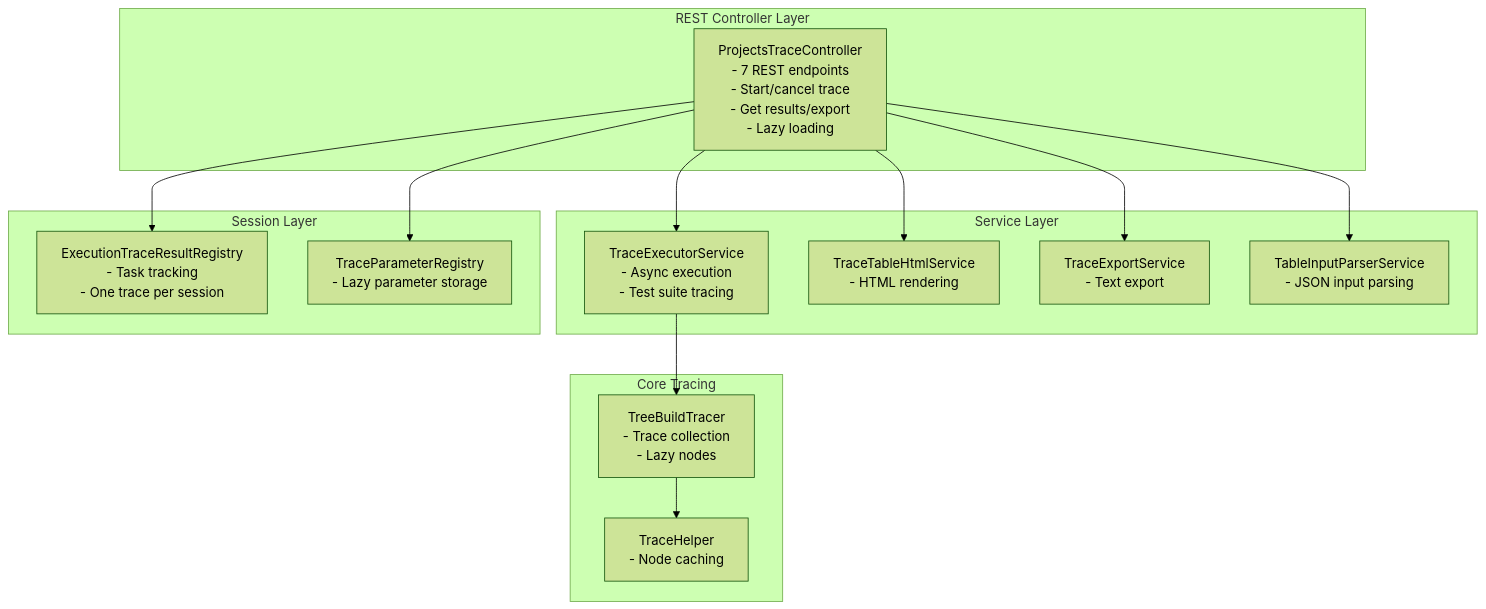
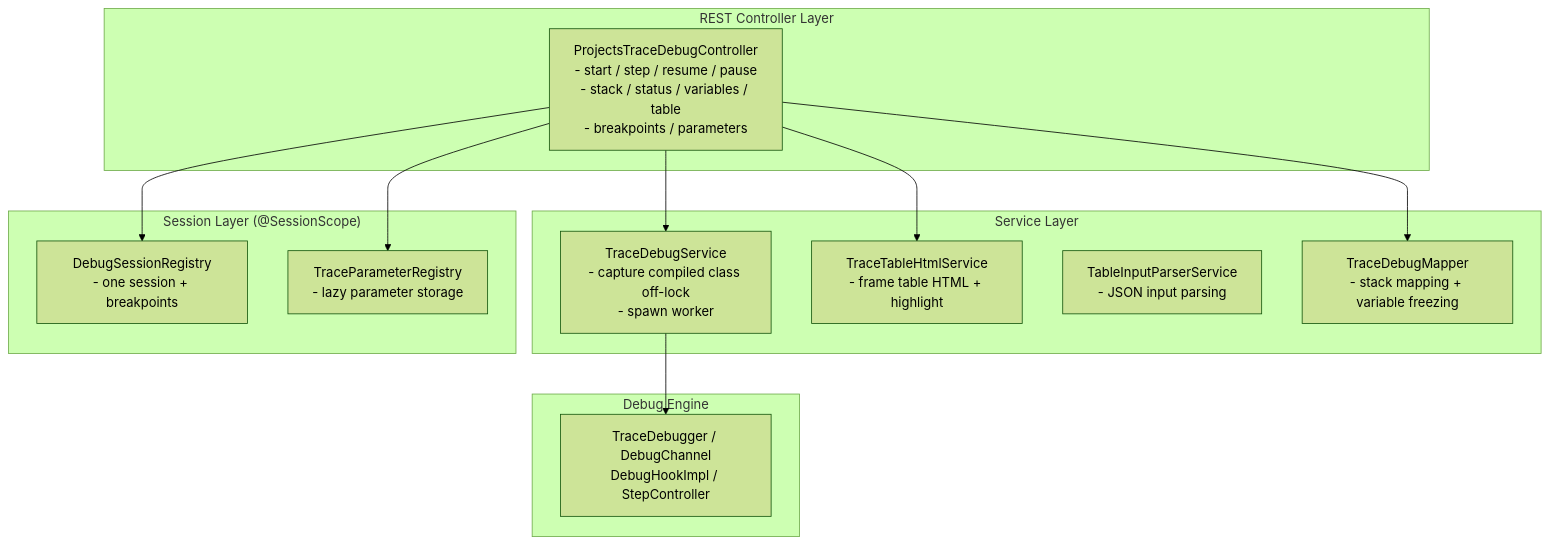
One commit to openl-tablets/openl-tablets changed the first of 2 diagrams in Docs/api/projects-trace-api.md. Above: the diagram before and after it, drawn with Mermaid (forest theme). The commit also changed other lines of this file and 74 other files, not shown here.

First line of the commit message:
Rework Trace into an interactive step debugger

````diff
--- a/Docs/api/projects-trace-api.md
+++ b/Docs/api/projects-trace-api.md
@@ -45,32 +55,25 @@
-``` mermaid
+```mermaid
 flowchart TB
     subgraph REST["REST Controller Layer"]
-        C[ProjectsTraceController<br/>- 7 REST endpoints<br/>- Start/cancel trace<br/>- Get results/export<br/>- Lazy loading]
+        C["ProjectsTraceDebugController<br/>- start / step / resume / pause<br/>- stack / status / variables / table<br/>- breakpoints / parameters"]
     end
-
     subgraph SERVICE["Service Layer"]
-        S1[TraceExecutorService<br/>- Async execution<br/>- Test suite tracing]
-        S2[TraceTableHtmlService<br/>- HTML rendering]
-        S3[TraceExportService<br/>- Text export]
-        S4[TableInputParserService<br/>- JSON input parsing]
+        S1["TraceDebugService<br/>- capture compiled class off-lock<br/>- spawn worker"]
+        S2["TraceTableHtmlService<br/>- frame table HTML + highlight"]
+        S3["TableInputParserService<br/>- JSON input parsing"]
+        M["TraceDebugMapper<br/>- stack mapping + variable freezing"]
     end
-
-    subgraph SESSION["Session Layer"]
-        R1[ExecutionTraceResultRegistry<br/>- Task tracking<br/>- One trace per session]
-        R2[TraceParameterRegistry<br/>- Lazy parameter storage]
+    subgraph SESSION["Session Layer (@SessionScope)"]
+        R1["DebugSessionRegistry<br/>- one session + breakpoints"]
+        R2["TraceParameterRegistry<br/>- lazy parameter storage"]
     end
-
-    subgraph CORE["Core Tracing"]
-        T[TreeBuildTracer<br/>- Trace collection<br/>- Lazy nodes]
-        H[TraceHelper<br/>- Node caching]
+    subgraph ENGINE["Debug Engine"]
+        D["TraceDebugger / DebugChannel<br/>DebugHookImpl / StepController"]
     end
-
     C --> S1
     C --> S2
-    C --> S3
-    C --> S4
+    C --> M
     C --> R1
     C --> R2
-    S1 --> T
-    T --> H
+    S1 --> D
 ```
````
